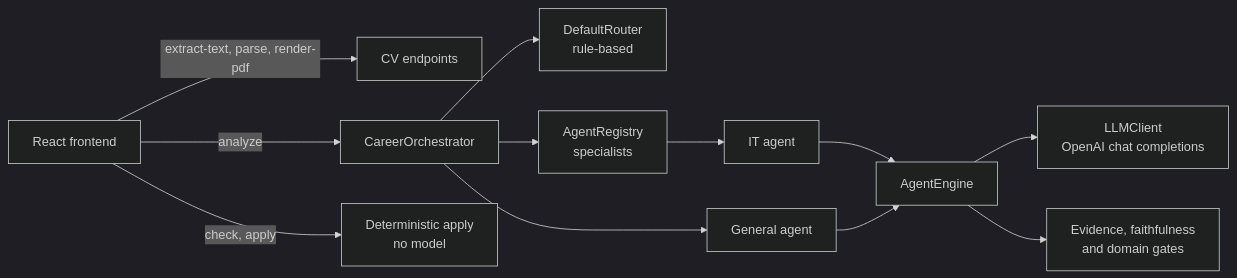
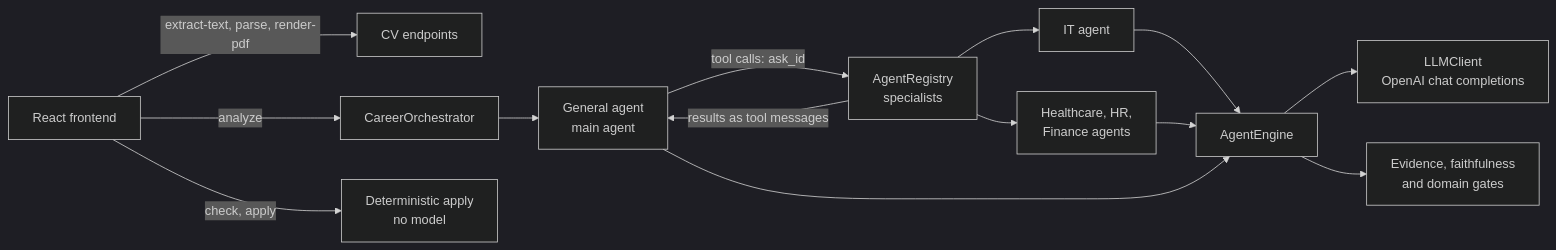
The diagram in README.md (ElifSalihoglu/cv-coach-api), drawn with Mermaid (dark theme) before and after one commit. The commit also changed other lines of this file and 47 other files, not shown here.

First line of the commit message:
feat(agents): hierarchical delegation with Healthcare, HR and Finance specialists

````diff
--- a/README.md
+++ b/README.md
@@ -27,14 +27,16 @@
 ```mermaid
 flowchart LR
     UI[React frontend] -->|extract-text, parse, render-pdf| CV[CV endpoints]
     UI -->|analyze| ORCH[CareerOrchestrator]
-    ORCH --> ROUTER[DefaultRouter<br/>rule-based]
-    ORCH --> REG[AgentRegistry<br/>specialists]
+    ORCH --> GEN[General agent<br/>main agent]
+    GEN -->|tool calls: ask_id| REG[AgentRegistry<br/>specialists]
+    REG -->|results as tool messages| GEN
     REG --> IT[IT agent]
-    ORCH --> GEN[General agent]
+    REG --> OTHERS[Healthcare, HR,<br/>Finance agents]
     IT --> ENGINE[AgentEngine]
+    OTHERS --> ENGINE
     GEN --> ENGINE
     ENGINE --> LLM[LLMClient<br/>OpenAI chat completions]
     ENGINE --> GATES[Evidence, faithfulness<br/>and domain gates]
     UI -->|check, apply| APPLY[Deterministic apply<br/>no model]
 ```
````
